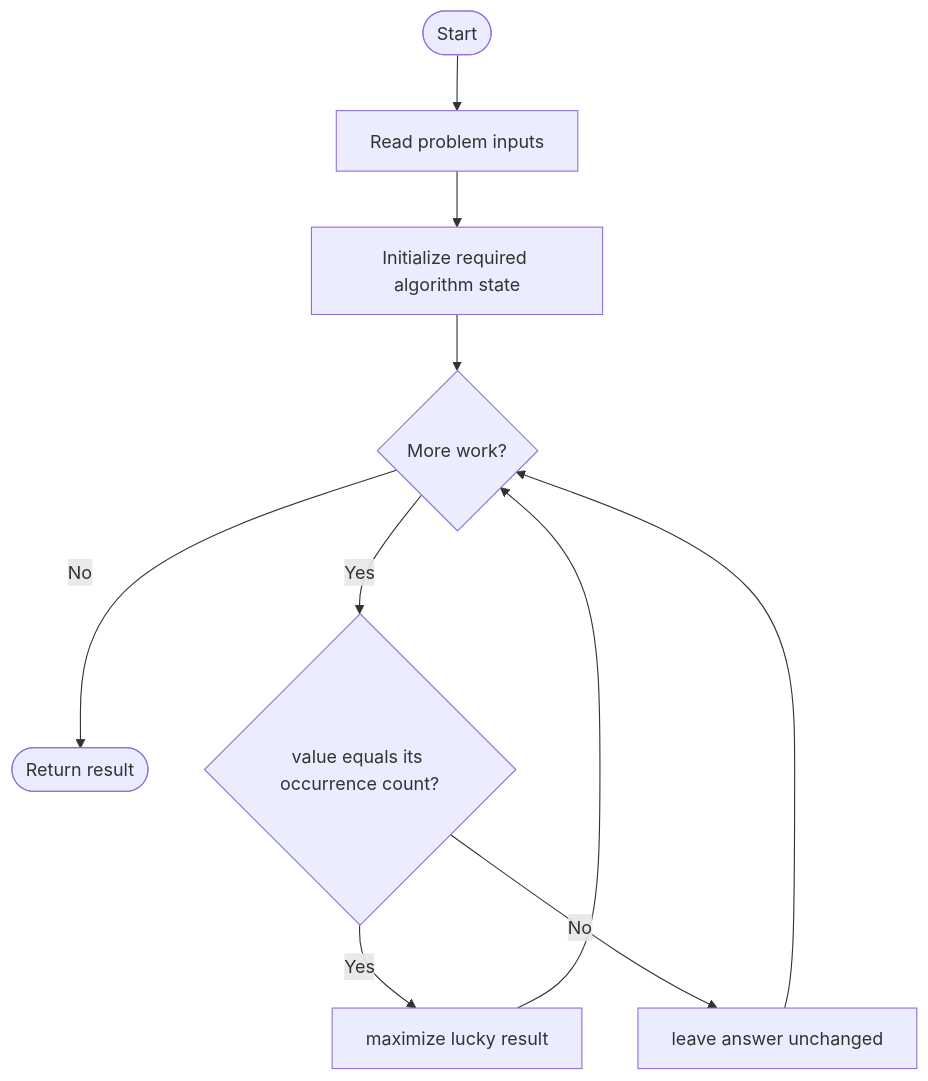
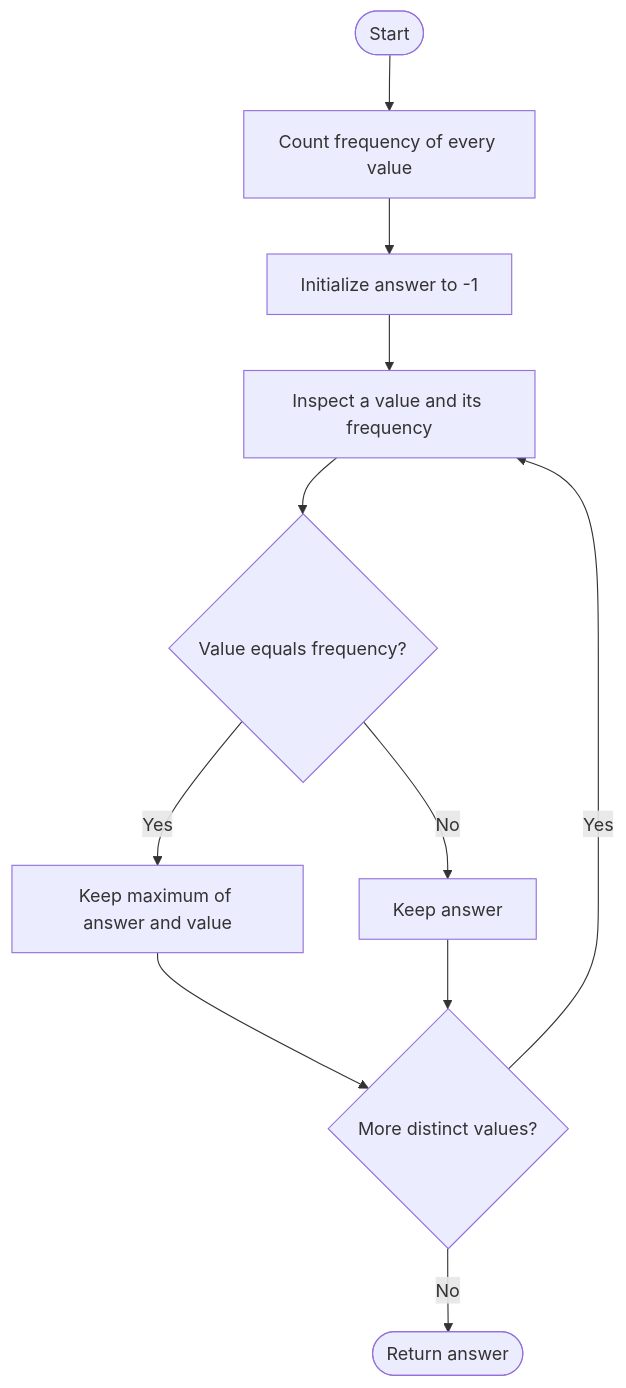
The diagram in LeetCode/1394/README.md (SAIDEEPBHANGE/C-CPP-Codes), drawn with Mermaid before and after one commit. The commit also changed other lines of this file and 196 other files, not shown here.

````diff
--- a/LeetCode/1394/README.md
+++ b/LeetCode/1394/README.md
@@ -13,12 +46,13 @@
 ```mermaid
 flowchart TD
-    A([Start]) --> B[Read problem inputs]
-    B --> C[Initialize required algorithm state]
-    C --> D{More work?}
-    D -- No --> Z([Return result])
-    D -- Yes --> E{value equals its occurrence count?}
-    E -- Yes --> F[maximize lucky result]
-    E -- No --> G[leave answer unchanged]
-    F --> D
-    G --> D
+ A([Start]) --> B[Count frequency of every value]
+ B --> C[Initialize answer to -1]
+ C --> D[Inspect a value and its frequency]
+ D --> E{Value equals frequency?}
+ E -- Yes --> F[Keep maximum of answer and value]
+ E -- No --> G[Keep answer]
+ F --> H{More distinct values?}
+ G --> H
+ H -- Yes --> D
+ H -- No --> I([Return answer])
 ```
````
